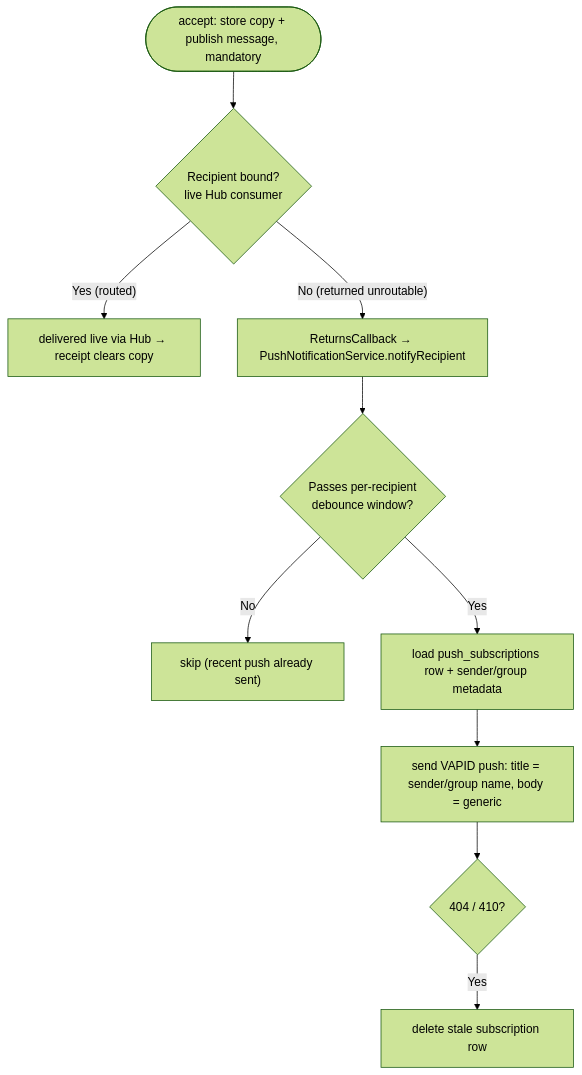
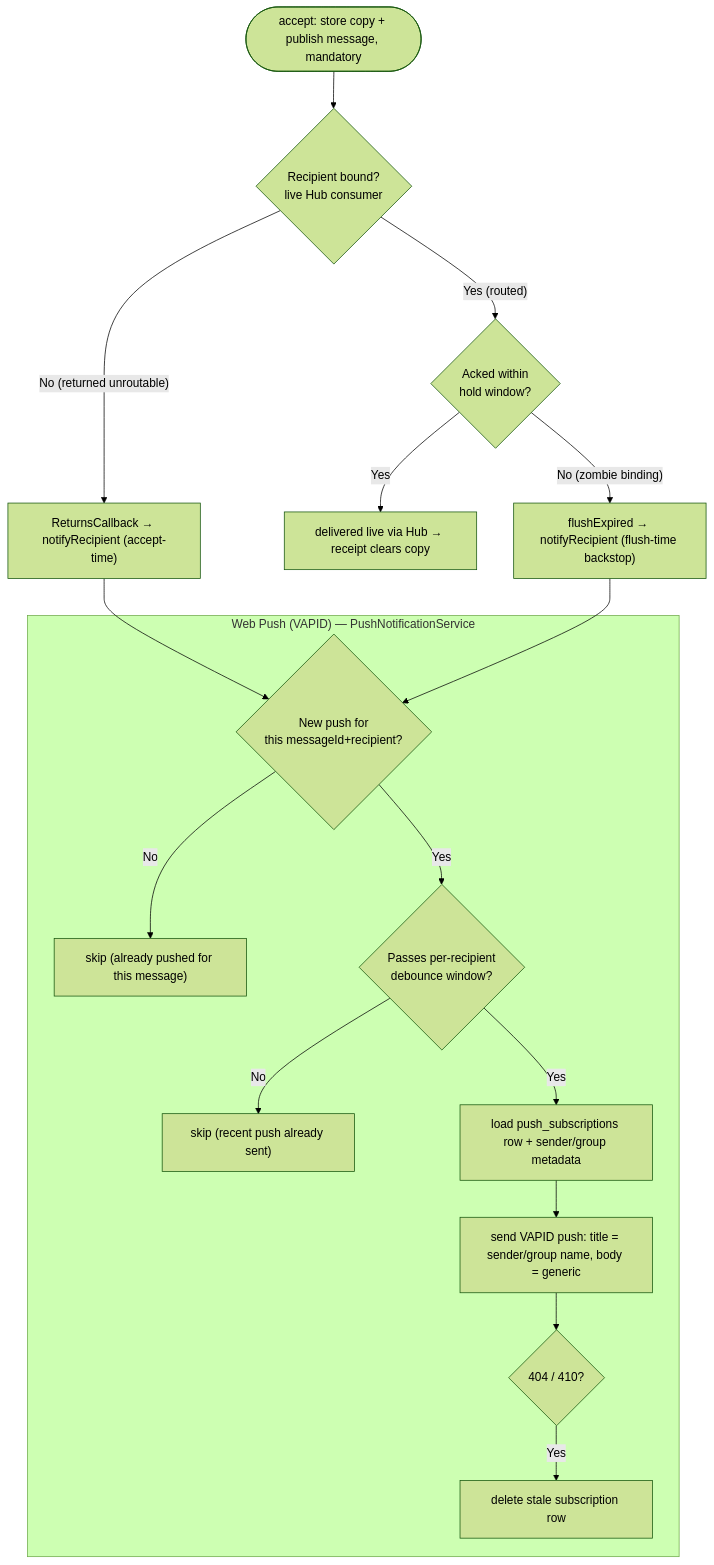
Before and after one commit to olshanskyev/fourletters-meta: the fourth of 4 diagrams in doc/algorithms/messages-lifecycle.md, drawn with Mermaid (forest theme). The commit also changed other lines of this file, not shown here.

Commit message:
fix: push at cold tier sink time

````diff
--- a/doc/algorithms/messages-lifecycle.md
+++ b/doc/algorithms/messages-lifecycle.md
@@ -132,12 +136,30 @@
 ```mermaid
 flowchart TD
     Acc([accept: store copy + publish message, mandatory]) --> Route{Recipient bound?<br/>live Hub consumer}
-    Route -- "Yes (routed)" --> Live["delivered live via Hub → receipt clears copy"]
-    Route -- "No (returned unroutable)" --> Notify["ReturnsCallback → PushNotificationService.notifyRecipient"]
-    Notify --> Debounce{Passes per-recipient<br/>debounce window?}
-    Debounce -- No --> Skip["skip (recent push already sent)"]
-    Debounce -- Yes --> Lookup["load push_subscriptions row + sender/group metadata"]
-    Lookup --> Send["send VAPID push: title = sender/group name, body = generic"]
-    Send --> Stale{404 / 410?}
-    Stale -- Yes --> Del["delete stale subscription row"]
+    Route -- "Yes (routed)" --> Zombie{Acked within<br/>hold window?}
+    Route -- "No (returned unroutable)" --> Notify["ReturnsCallback → notifyRecipient (accept-time)"]
+    Zombie -- "Yes" --> Live["delivered live via Hub → receipt clears copy"]
+    Zombie -- "No (zombie binding)" --> FlushN["flushExpired → notifyRecipient (flush-time backstop)"]
+
+    subgraph VAPID ["Web Push (VAPID) — PushNotificationService"]
+        Dedup{New push for<br/>this messageId+recipient?}
+        Skip1["skip (already pushed for this message)"]
+        Debounce{Passes per-recipient<br/>debounce window?}
+        Skip2["skip (recent push already sent)"]
+        Lookup["load push_subscriptions row + sender/group metadata"]
+        Send["send VAPID push: title = sender/group name, body = generic"]
+        Stale{404 / 410?}
+        Del["delete stale subscription row"]
+
+        Dedup -- No --> Skip1
+        Dedup -- Yes --> Debounce
+        Debounce -- No --> Skip2
+        Debounce -- Yes --> Lookup
+        Lookup --> Send
+        Send --> Stale
+        Stale -- Yes --> Del
+    end
+
+    Notify --> Dedup
+    FlushN --> Dedup
 ```
````
